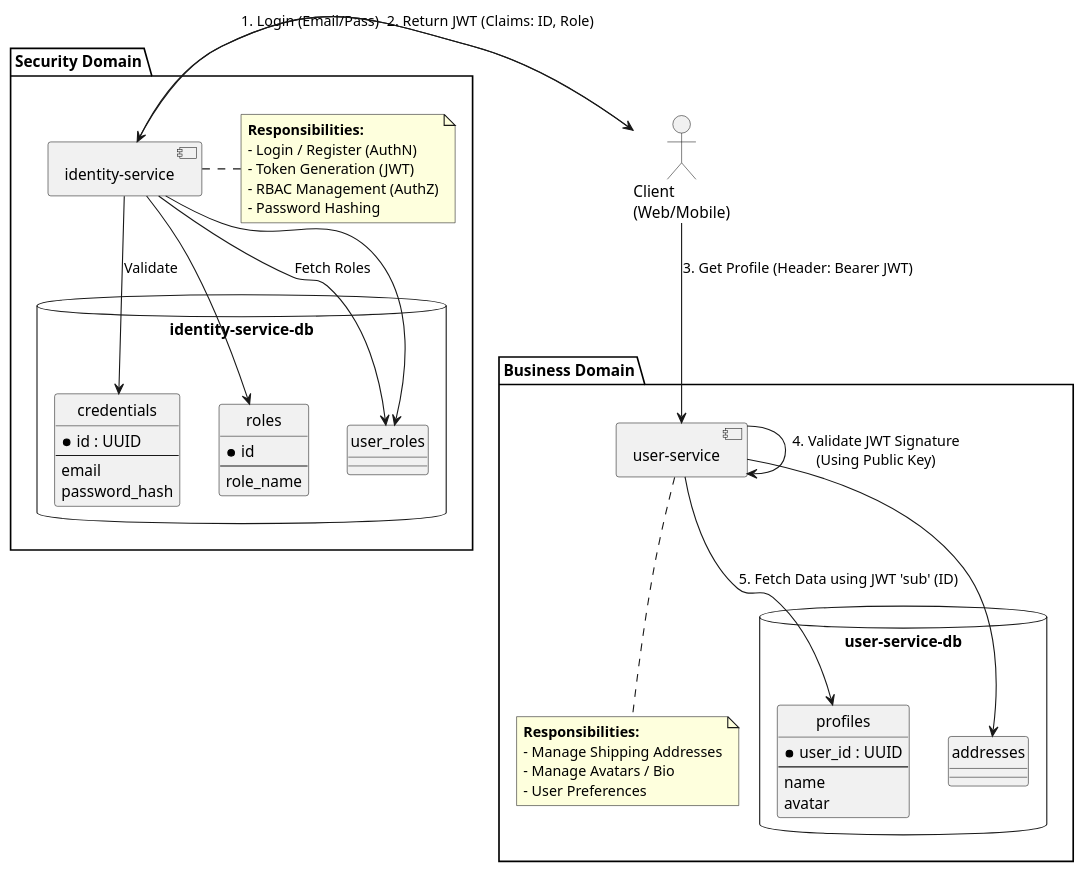
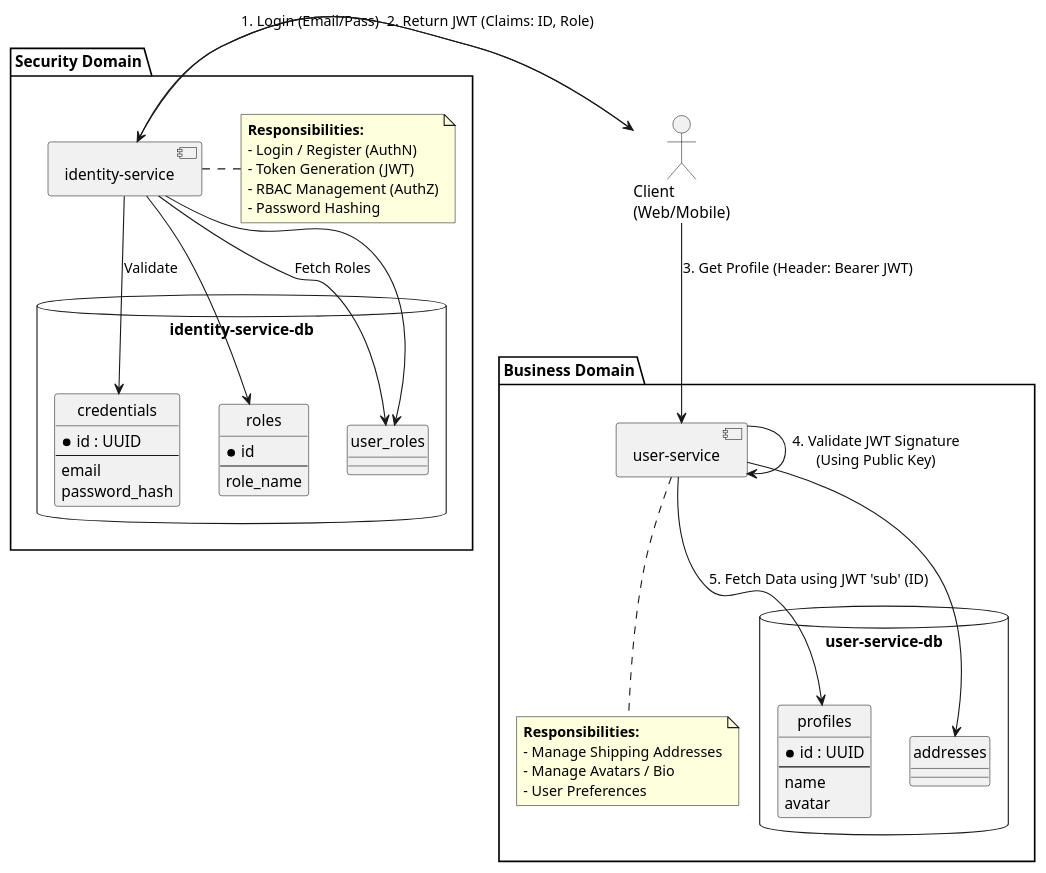
The diagram in assets/micro-services-documentation/identity-service.puml (DzakirinMD/template-be), drawn with PlantUML before and after one commit. The commit also changed 22 other files, not shown here.

```diff
--- a/assets/micro-services-documentation/identity-service.puml
+++ b/assets/micro-services-documentation/identity-service.puml
@@ -1,75 +1,75 @@
 @startuml
 ' This command is crucial to fix the error you saw:
 allow_mixing
 
 skinparam style strictuml
 skinparam componentStyle rectangle
 
 actor "Client\n(Web/Mobile)" as Client
 
 package "Security Domain" {
     component [identity-service] as Identity
     note right of Identity
         <b>Responsibilities:</b>
         - Login / Register (AuthN)
         - Token Generation (JWT)
         - RBAC Management (AuthZ)
         - Password Hashing
     end note
 
     database "identity-service-db" {
         entity "credentials" as Creds {
             *id : UUID
             --
             email
             password_hash
         }
         entity "roles" as Roles {
             *id
             --
             role_name
         }
         entity "user_roles" as UserRoles
     }
 }
 
 package "Business Domain" {
     component [user-service] as UserSvc
     note bottom of UserSvc
         <b>Responsibilities:</b>
         - Manage Shipping Addresses
         - Manage Avatars / Bio
         - User Preferences
     end note
 
     database "user-service-db" {
         entity "profiles" as Profiles {
-            *user_id : UUID
+            *id : UUID
             --
             name
             avatar
         }
         entity "addresses" as Address
     }
 }
 
 ' Relationships
 
 Client --> Identity : 1. Login (Email/Pass)
 Identity --> Creds : Validate
 Identity --> UserRoles : Fetch Roles
 Identity --> Client : 2. Return JWT (Claims: ID, Role)
 
 Client --> UserSvc : 3. Get Profile (Header: Bearer JWT)
 UserSvc --> UserSvc : 4. Validate JWT Signature\n(Using Public Key)
 UserSvc --> Profiles : 5. Fetch Data using JWT 'sub' (ID)
 
 Identity -[hidden]-> UserSvc : Decoupled
 
 ' DB Connections
 Identity --> Roles
 Identity --> UserRoles
 
 UserSvc --> Address
 
 @enduml
```
